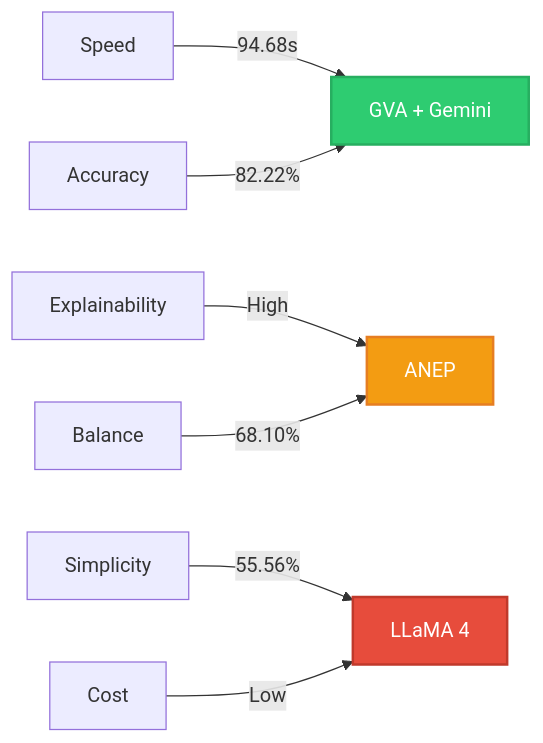
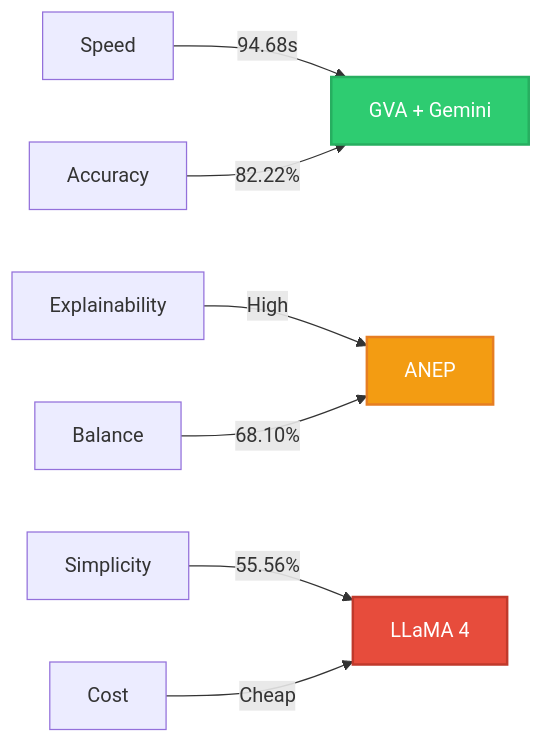
The second of 2 diagrams in README.md (AFLucas-UOM/Accurate-Name-Extraction), drawn with Mermaid before and after one commit. The commit also changed other lines of this file, not shown here.

````diff
--- a/README.md
+++ b/README.md
@@ -225,13 +225,13 @@
 ```mermaid
 graph LR
     A[Speed] -->|94.68s| B[GVA + Gemini]
     C[Accuracy] -->|82.22%| B
     D[Explainability] -->|High| E[ANEP]
     F[Balance] -->|68.10%| E
     G[Simplicity] -->|55.56%| H[LLaMA 4]
-    I[Cost] -->|Low| H
+    I[Cost] -->|Cheap| H
 
     style B fill:#2ECC71,stroke:#27AE60,stroke-width:2px,color:#FFF
     style E fill:#F39C12,stroke:#E67E22,stroke-width:2px,color:#FFF
     style H fill:#E74C3C,stroke:#C0392B,stroke-width:2px,color:#FFF
 ```
````
